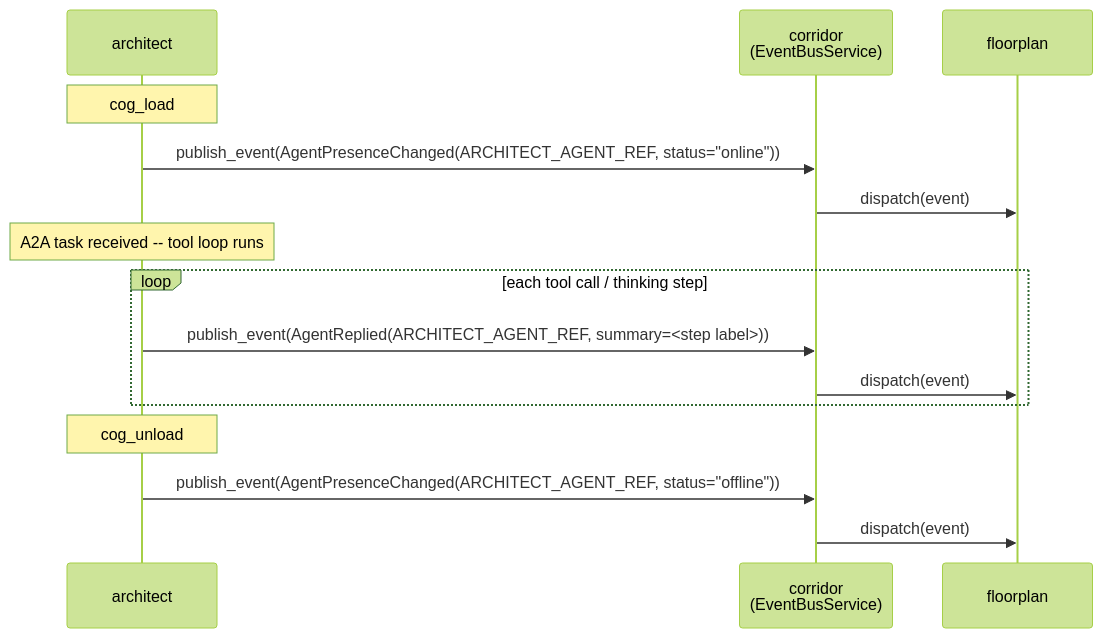
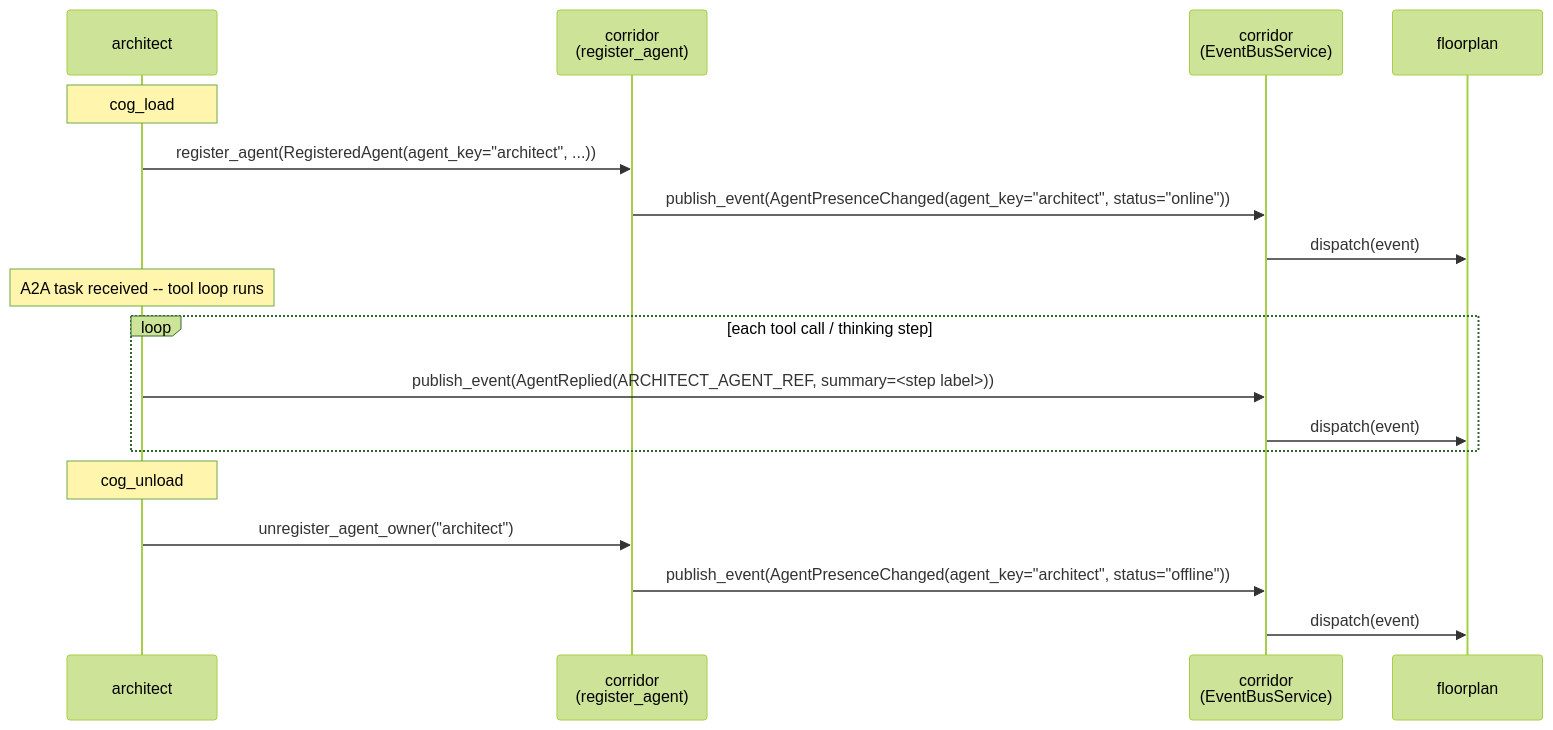
Before and after one commit to pixel-agents-hq/pixel-agents-cogs: the second of 4 diagrams in docs/corridor-pubsub-design.md, drawn with Mermaid (forest theme). The commit also changed other lines of this file and 21 other files, not shown here.

First line of the commit message:
feat(architect,corridor): derive architect's dashboard agent roster from corridor's agent directory (#68)

````diff
--- a/docs/corridor-pubsub-design.md
+++ b/docs/corridor-pubsub-design.md
@@ -321,20 +339,23 @@
 ```mermaid
 sequenceDiagram
     participant Arch as architect
+    participant Cor as corridor<br/>(register_agent)
     participant C as corridor<br/>(EventBusService)
     participant FP as floorplan
 
     Note over Arch: cog_load
-    Arch->>C: publish_event(AgentPresenceChanged(ARCHITECT_AGENT_REF, status="online"))
+    Arch->>Cor: register_agent(RegisteredAgent(agent_key="architect", ...))
+    Cor->>C: publish_event(AgentPresenceChanged(agent_key="architect", status="online"))
     C->>FP: dispatch(event)
 
     Note over Arch: A2A task received -- tool loop runs
     loop each tool call / thinking step
         Arch->>C: publish_event(AgentReplied(ARCHITECT_AGENT_REF, summary=<step label>))
         C->>FP: dispatch(event)
     end
 
     Note over Arch: cog_unload
-    Arch->>C: publish_event(AgentPresenceChanged(ARCHITECT_AGENT_REF, status="offline"))
+    Arch->>Cor: unregister_agent_owner("architect")
+    Cor->>C: publish_event(AgentPresenceChanged(agent_key="architect", status="offline"))
     C->>FP: dispatch(event)
 ```
````
